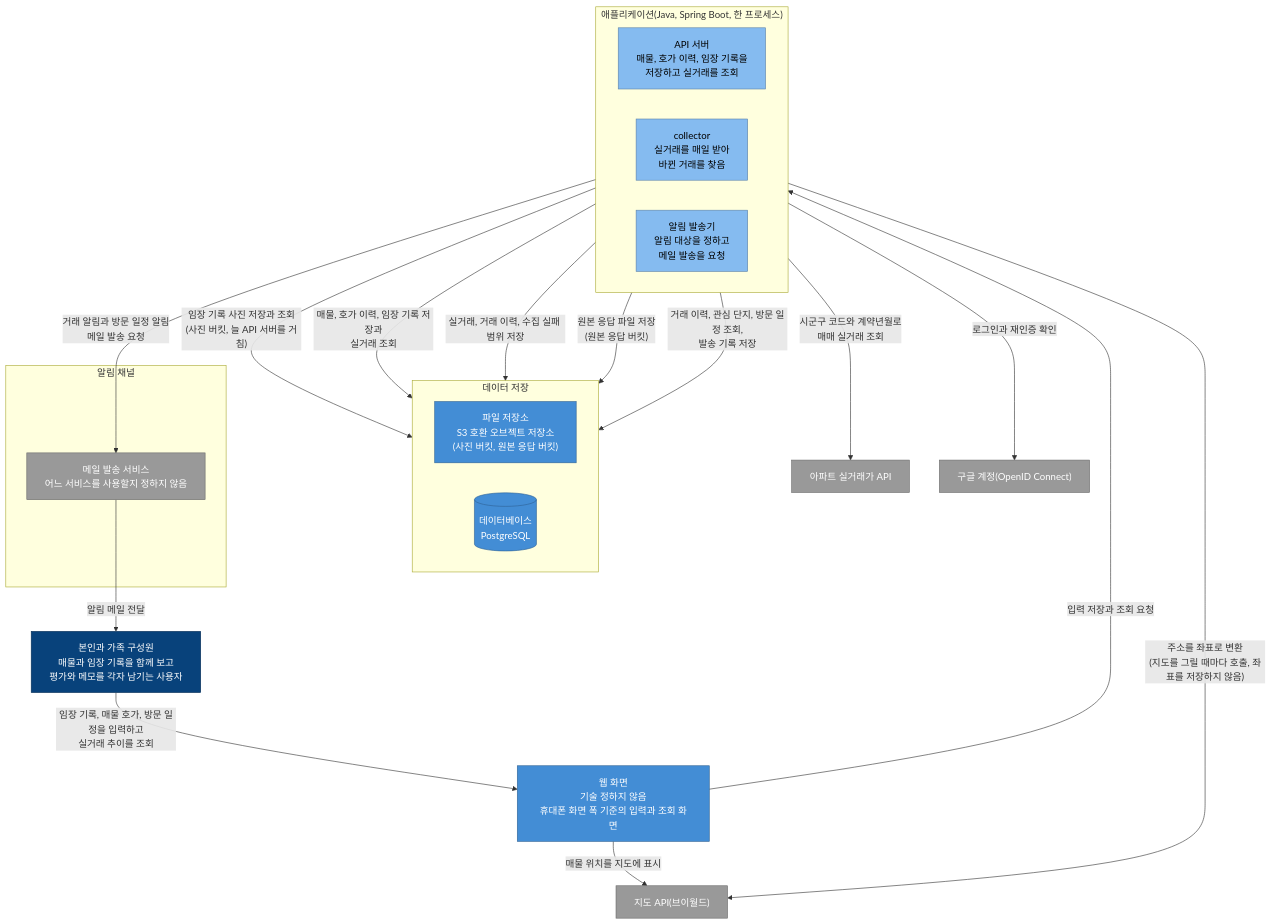
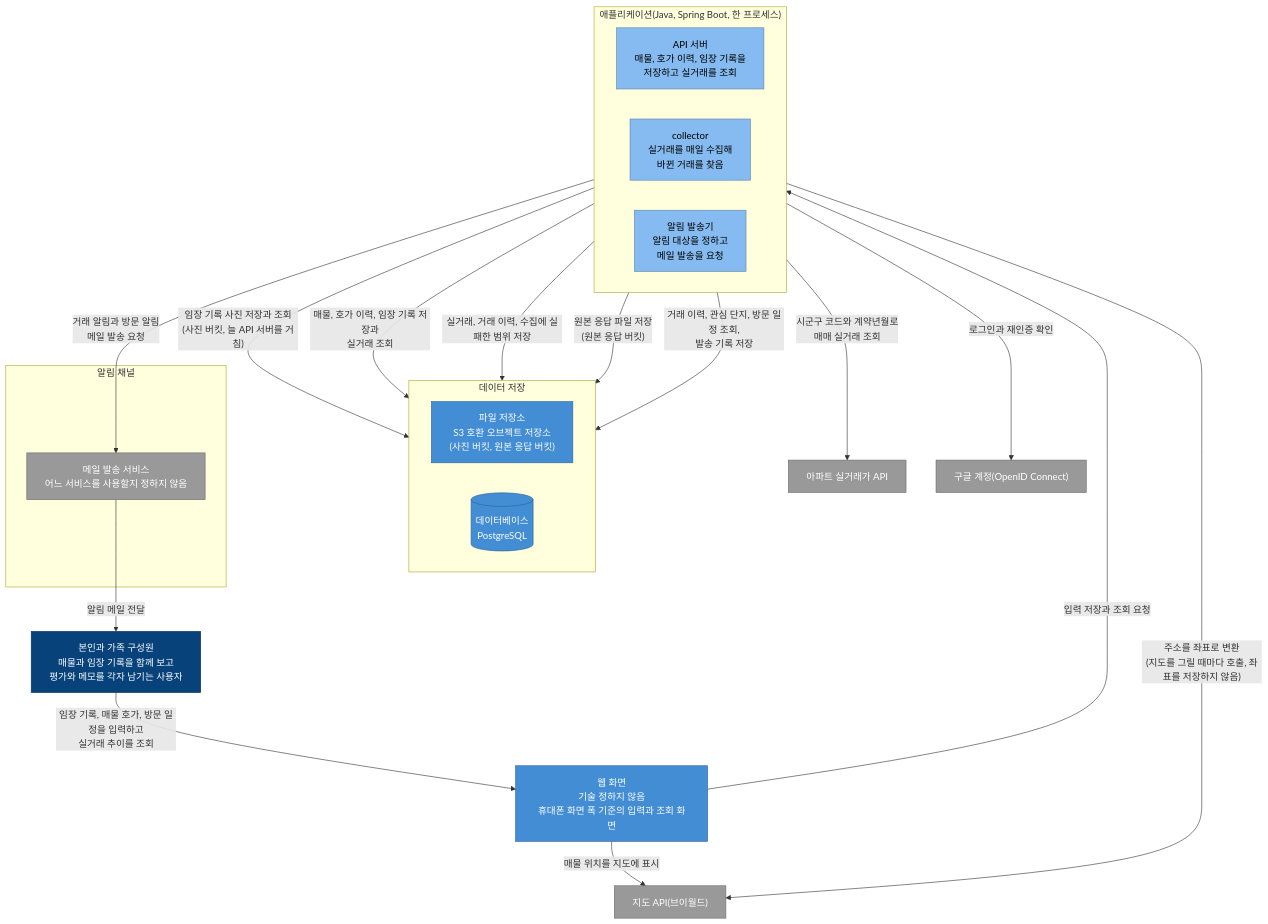
Before and after one commit to Park-Seung-Hun/real-estate: the first of 2 diagrams in docs/architecture/c4-container.md, drawn with Mermaid. The commit also changed other lines of this file and 22 other files, not shown here.

````diff
--- a/docs/architecture/c4-container.md
+++ b/docs/architecture/c4-container.md
@@ -15,50 +15,50 @@
 ```mermaid
 %%{init: {'flowchart': {'wrappingWidth': 260}}}%%
 flowchart TB
   users["본인과 가족 구성원<br/>매물과 임장 기록을 함께 보고<br/>평가와 메모를 각자 남기는 사용자"]
   web["웹 화면<br/>기술 정하지 않음<br/>휴대폰 화면 폭 기준의 입력과 조회 화면"]
   map["지도 API(브이월드)"]
 
   subgraph app["애플리케이션(Java, Spring Boot, 한 프로세스)"]
     direction LR
     api["API 서버<br/>매물, 호가 이력, 임장 기록을<br/>저장하고 실거래를 조회"]
-    collector["collector<br/>실거래를 매일 받아<br/>바뀐 거래를 찾음"]
+    collector["collector<br/>실거래를 매일 수집해<br/>바뀐 거래를 찾음"]
     notifier["알림 발송기<br/>알림 대상을 정하고<br/>메일 발송을 요청"]
   end
 
   subgraph stores[데이터 저장]
     direction LR
     photo["파일 저장소<br/>S3 호환 오브젝트 저장소<br/>(사진 버킷, 원본 응답 버킷)"]
     db[("데이터베이스<br/>PostgreSQL")]
   end
 
   trade["아파트 실거래가 API"]
   google["구글 계정(OpenID Connect)"]
 
   subgraph channels[알림 채널]
     mail["메일 발송 서비스<br/>어느 서비스를 사용할지 정하지 않음"]
   end
 
   users -->|"임장 기록, 매물 호가, 방문 일정을 입력하고<br/>실거래 추이를 조회"| web
   web -->|"매물 위치를 지도에 표시"| map
   api -->|"주소를 좌표로 변환<br/>(지도를 그릴 때마다 호출, 좌표를 저장하지 않음)"| map
   web -->|"입력 저장과 조회 요청"| api
   api -->|"임장 기록 사진 저장과 조회<br/>(사진 버킷, 늘 API 서버를 거침)"| photo
   api -->|"매물, 호가 이력, 임장 기록 저장과<br/>실거래 조회"| db
-  collector -->|"실거래, 거래 이력, 수집 실패 범위 저장"| db
+  collector -->|"실거래, 거래 이력, 수집에 실패한 범위 저장"| db
   collector -->|"원본 응답 파일 저장<br/>(원본 응답 버킷)"| photo
   api -->|"로그인과 재인증 확인"| google
   collector -->|"시군구 코드와 계약년월로<br/>매매 실거래 조회"| trade
   notifier -->|"거래 이력, 관심 단지, 방문 일정 조회,<br/>발송 기록 저장"| db
-  notifier -->|"거래 알림과 방문 일정 알림<br/>메일 발송 요청"| mail
+  notifier -->|"거래 알림과 방문 알림<br/>메일 발송 요청"| mail
   mail -->|"알림 메일 전달"| users
 
   classDef person fill:#08427b,stroke:#052e56,color:#fff
   classDef container fill:#438dd5,stroke:#2e6295,color:#fff
   classDef module fill:#85bbf0,stroke:#5d82a8,color:#000
   classDef ext fill:#999999,stroke:#6b6b6b,color:#fff
   class users person
   class web,db,photo container
   class api,collector,notifier module
   class map,trade,mail,google ext
 ```
````
